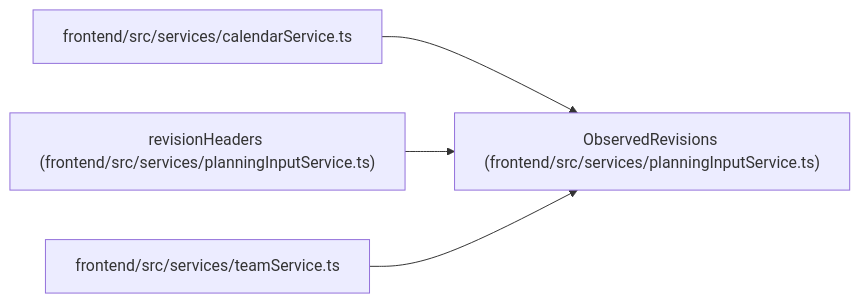
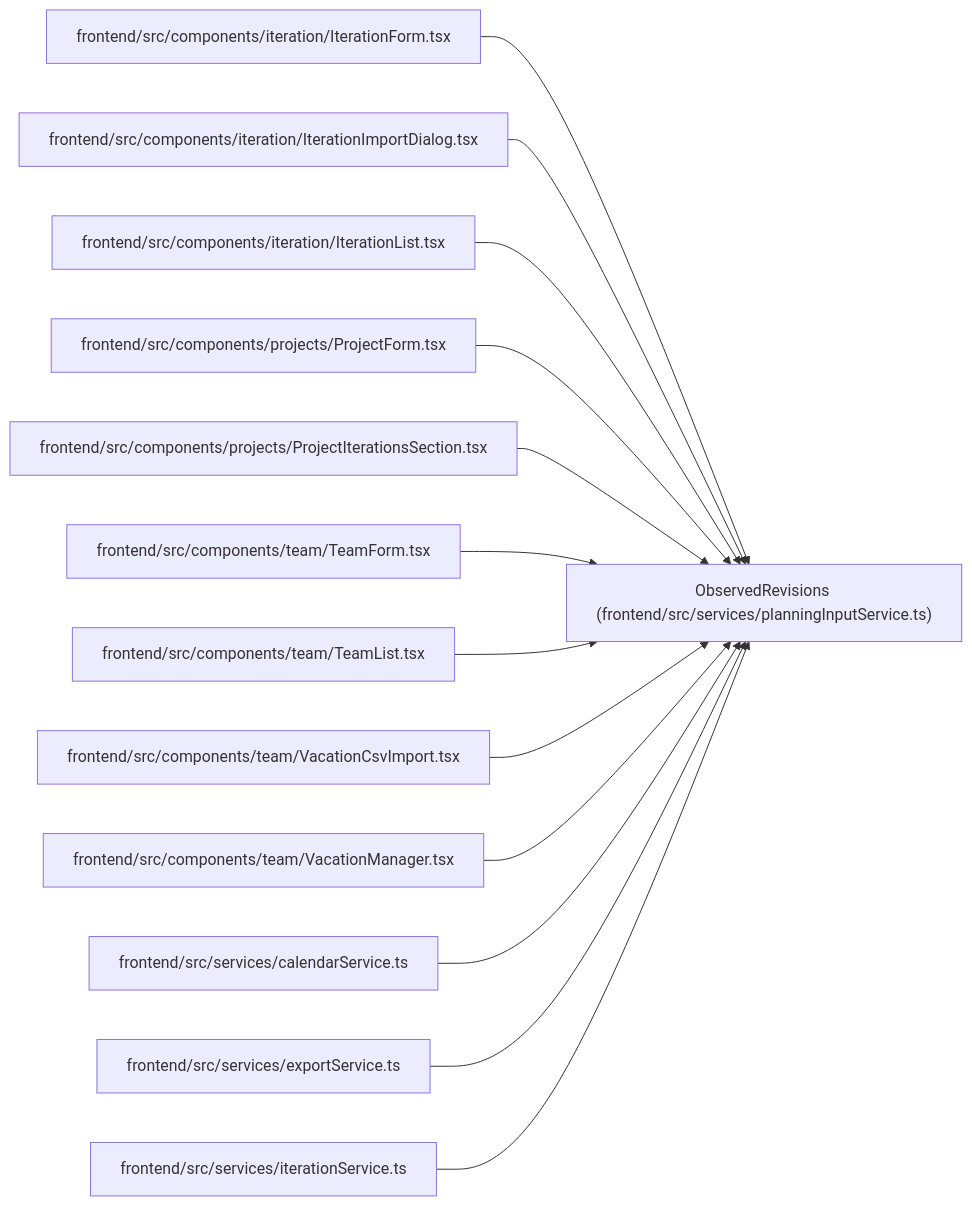
One commit to Denissvgn/WorkChord changed the diagram in docs/llm_wiki/entities/ObservedRevisions.md. Above: the diagram before and after it, drawn with Mermaid. The commit also changed other lines of this file and 555 other files, not shown here.

````diff
--- a/docs/llm_wiki/entities/ObservedRevisions.md
+++ b/docs/llm_wiki/entities/ObservedRevisions.md
@@ -23,14 +23,41 @@
 ```mermaid
 flowchart LR
     n0["ObservedRevisions (frontend/src/services/planningInputService.ts)"]
-    n1["frontend/src/services/calendarService.ts"]
-    n2["revisionHeaders (frontend/src/services/planningInputService.ts)"]
-    n3["frontend/src/services/teamService.ts"]
+    n1["frontend/src/components/iteration/IterationForm.tsx"]
+    n2["frontend/src/components/iteration/IterationImportDialog.tsx"]
+    n3["frontend/src/components/iteration/IterationList.tsx"]
+    n4["frontend/src/components/projects/ProjectForm.tsx"]
+    n5["frontend/src/components/projects/ProjectIterationsSection.tsx"]
+    n6["frontend/src/components/team/TeamForm.tsx"]
+    n7["frontend/src/components/team/TeamList.tsx"]
+    n8["frontend/src/components/team/VacationCsvImport.tsx"]
+    n9["frontend/src/components/team/VacationManager.tsx"]
+    n10["frontend/src/services/calendarService.ts"]
+    n11["frontend/src/services/exportService.ts"]
+    n12["frontend/src/services/iterationService.ts"]
     n1 --> n0
     n2 --> n0
     n3 --> n0
+    n4 --> n0
+    n5 --> n0
+    n6 --> n0
+    n7 --> n0
+    n8 --> n0
+    n9 --> n0
+    n10 --> n0
+    n11 --> n0
+    n12 --> n0
     click n0 "../modules/planningInputService.md"
-    click n1 "../modules/calendarService.md"
-    click n2 "../modules/planningInputService.md"
-    click n3 "../modules/teamService.md"
+    click n1 "../modules/IterationForm.md"
+    click n2 "../modules/IterationImportDialog.md"
+    click n3 "../modules/IterationList.md"
+    click n4 "../modules/ProjectForm.md"
+    click n5 "../modules/ProjectIterationsSection.md"
+    click n6 "../modules/TeamForm.md"
+    click n7 "../modules/TeamList.md"
+    click n8 "../modules/VacationCsvImport.md"
+    click n9 "../modules/VacationManager.md"
+    click n10 "../modules/calendarService.md"
+    click n11 "../modules/exportService.md"
+    click n12 "../modules/iterationService.md"
 ```
````
